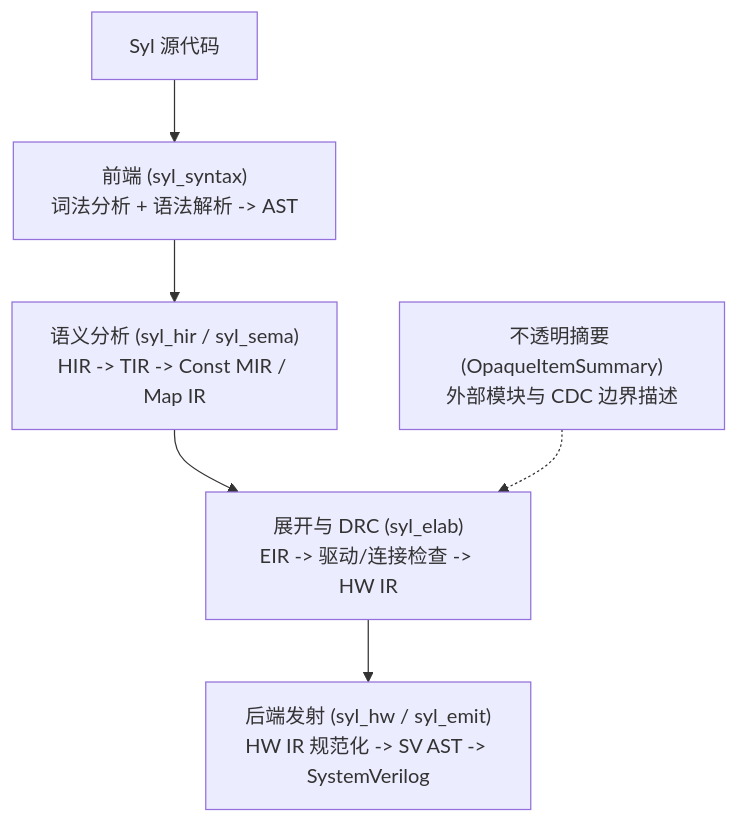
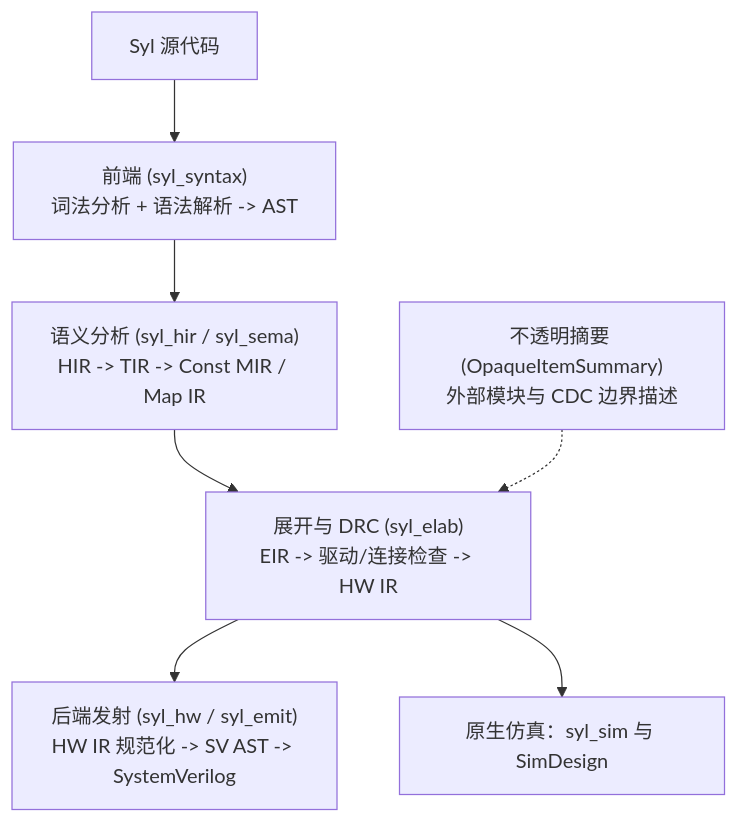
One commit to syllang/docs changed the diagram in docs/explanation/index.zh.mdx. Above: the diagram before and after it, drawn with Mermaid. The commit also changed other lines of this file and 25 other files, not shown here.

````diff
--- a/docs/explanation/index.zh.mdx
+++ b/docs/explanation/index.zh.mdx
@@ -44,15 +42,16 @@
 ```mermaid
 flowchart TB
     Source["Syl 源代码"]
     P2["前端 (syl_syntax)\n词法分析 + 语法解析 -> AST"]
     P3["语义分析 (syl_hir / syl_sema)\nHIR -> TIR -> Const MIR / Map IR"]
     P5["不透明摘要 (OpaqueItemSummary)\n外部模块与 CDC 边界描述"]
     P4["展开与 DRC (syl_elab)\nEIR -> 驱动/连接检查 -> HW IR"]
     P6["后端发射 (syl_hw / syl_emit)\nHW IR 规范化 -> SV AST -> SystemVerilog"]
 
     Source --> P2
     P2 --> P3
     P3 --> P4
     P5 -.-> P4
     P4 --> P6
+    P4 --> Sim["原生仿真：syl_sim 与 SimDesign"]
 ```
````
